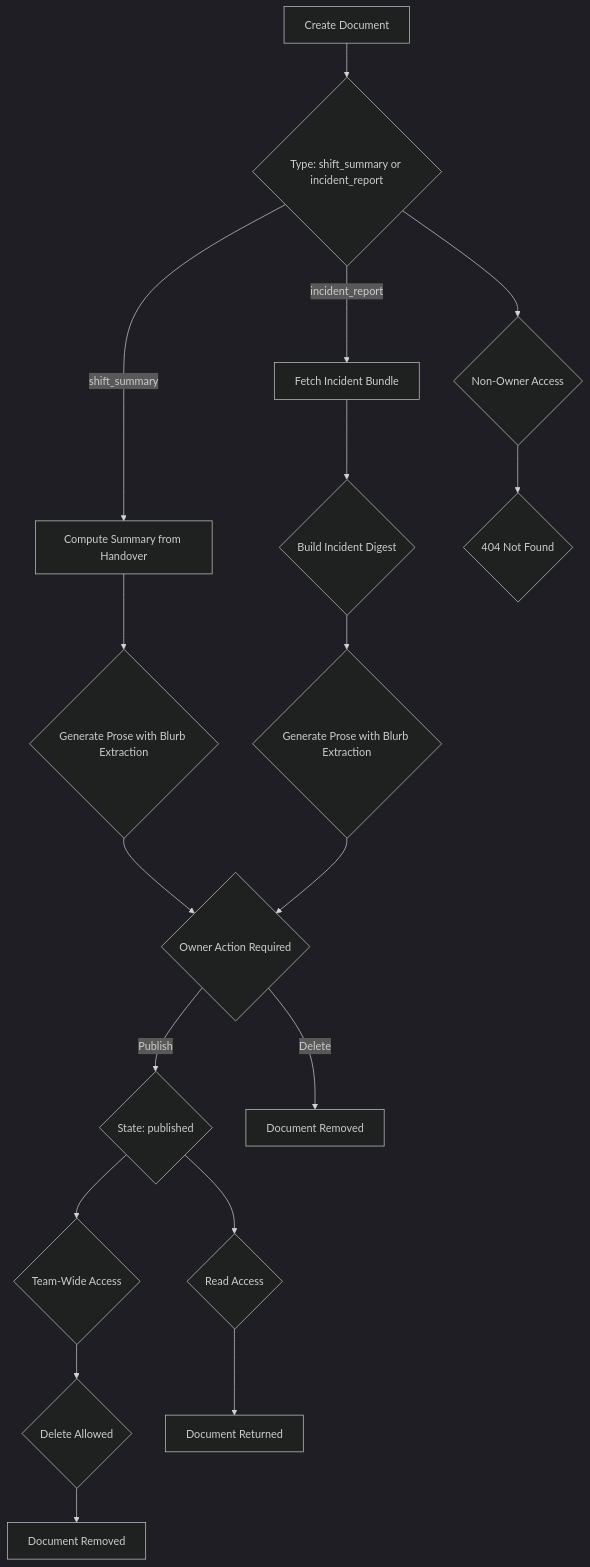
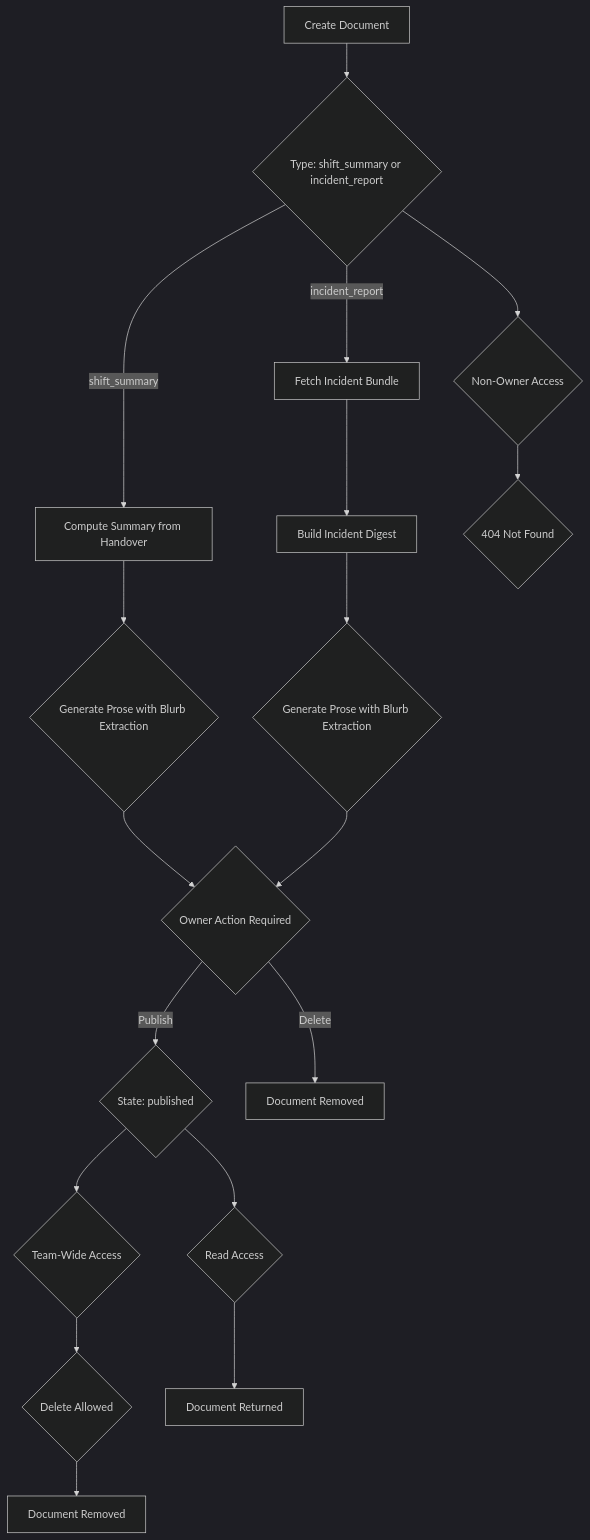
Before and after one commit to metasync/luban-aiops: diagram 14 of 41 in .qoder/repowiki/en/content/Agent Platform Service/Agent Platform Service.md, drawn with Mermaid (dark theme). The commit also changed other lines of this file and 48 other files, not shown here.

````diff
--- a/.qoder/repowiki/en/content/Agent Platform Service/Agent Platform Service.md
+++ b/.qoder/repowiki/en/content/Agent Platform Service/Agent Platform Service.md
@@ -979,20 +1208,20 @@
 ```mermaid
 flowchart TD
 A["Create Document"] --> B{"Type: shift_summary or incident_report"}
 B --> |shift_summary| C["Compute Summary from Handover"]
 B --> |incident_report| D["Fetch Incident Bundle"]
 C --> E{"Generate Prose with Blurb Extraction"}
-D --> F{"Build Incident Digest"}
+D --> F["Build Incident Digest"]
 F --> G{"Generate Prose with Blurb Extraction"}
 E --> H{"Owner Action Required"}
 G --> H
 H --> |Publish| I{"State: published"}
 I --> J{"Team-Wide Access"}
 J --> K{"Delete Allowed"}
 K --> L["Document Removed"]
 H --> |Delete| M["Document Removed"]
 B --> N{"Non-Owner Access"}
 N --> O{"404 Not Found"}
 I --> P{"Read Access"}
 P --> Q["Document Returned"]
 ```
````
